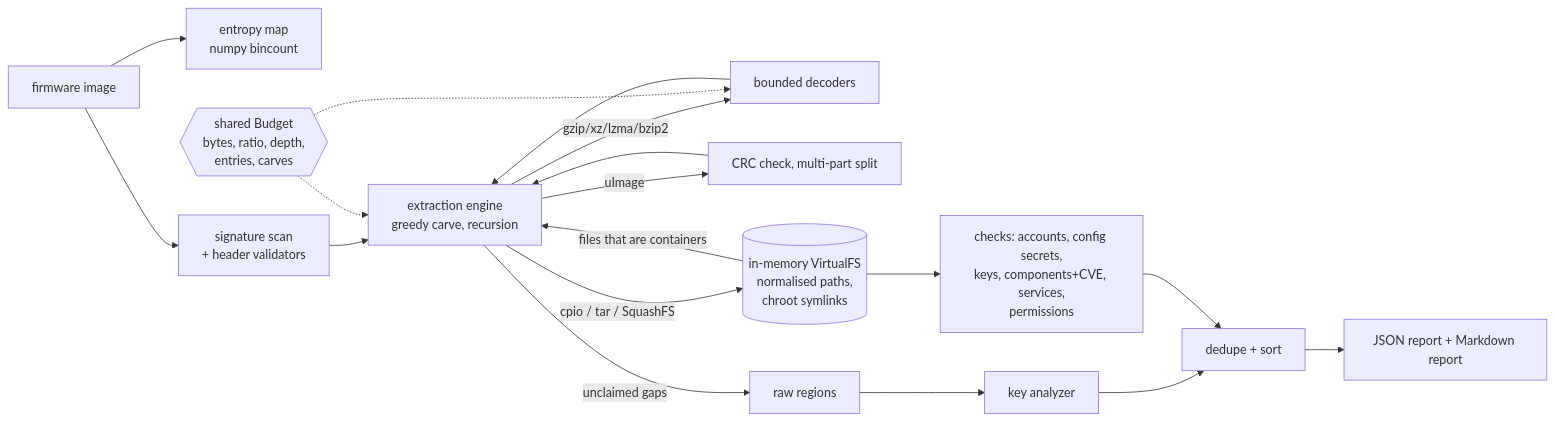
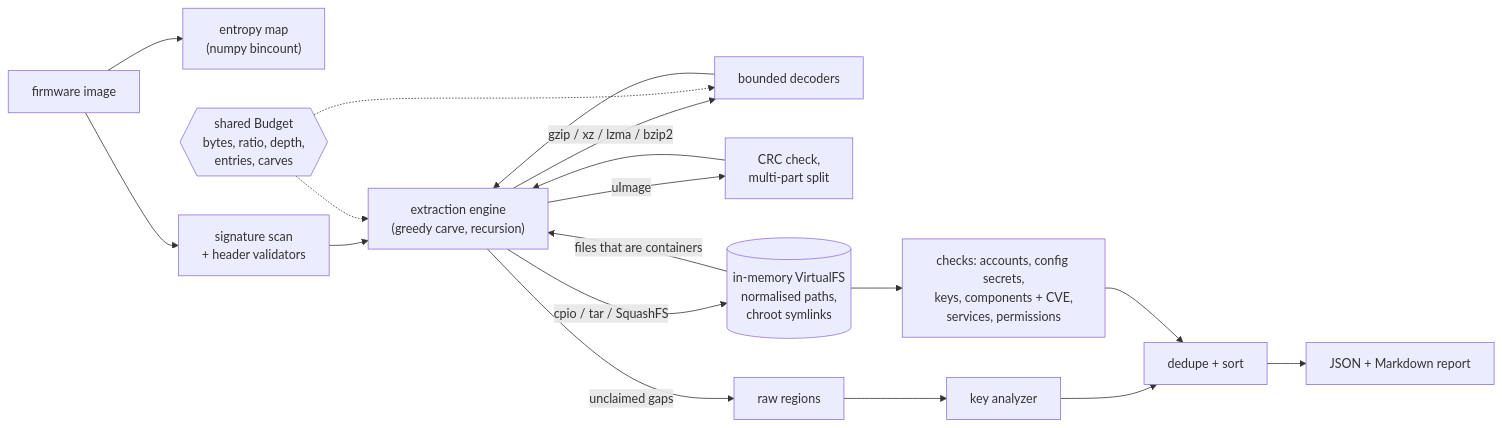
One commit to SlateGitOrg/fwaudit changed the diagram in README.md. Above: the diagram before and after it, drawn with Mermaid. The commit also changed other lines of this file and 4 other files, not shown here.

````diff
--- a/README.md
+++ b/README.md
@@ -43,16 +58,17 @@
 ```mermaid
 flowchart LR
-    IMG[firmware image] --> ENT[entropy map<br/>numpy bincount]
-    IMG --> SIG[signature scan<br/>+ header validators]
-    SIG --> ENG[extraction engine<br/>greedy carve, recursion]
-    ENG -->|gzip/xz/lzma/bzip2| DEC[bounded decoders] --> ENG
-    ENG -->|uImage| UIM[CRC check, multi-part split] --> ENG
-    ENG -->|cpio / tar / SquashFS| VFS[(in-memory VirtualFS<br/>normalised paths,<br/>chroot symlinks)]
-    VFS -->|files that are containers| ENG
-    BUD{{shared Budget<br/>bytes, ratio, depth,<br/>entries, carves}} -.-> DEC
+    IMG["firmware image"] --> ENT["entropy map<br/>(numpy bincount)"]
+    IMG --> SIG["signature scan<br/>+ header validators"]
+    SIG --> ENG["extraction engine<br/>(greedy carve, recursion)"]
+    ENG -->|"gzip / xz / lzma / bzip2"| DEC["bounded decoders"] --> ENG
+    ENG -->|"uImage"| UIM["CRC check,<br/>multi-part split"] --> ENG
+    ENG -->|"cpio / tar / SquashFS"| VFS[("in-memory VirtualFS<br/>normalised paths,<br/>chroot symlinks")]
+    VFS -->|"files that are containers"| ENG
+    BUD{{"shared Budget<br/>bytes, ratio, depth,<br/>entries, carves"}} -.-> DEC
     BUD -.-> ENG
-    ENG -->|unclaimed gaps| RAW[raw regions] --> KEYS
-    VFS --> CHK[checks: accounts, config secrets,<br/>keys, components+CVE, services,<br/>permissions]
-    KEYS[key analyzer] --> RES
-    CHK --> RES[dedupe + sort] --> REP[JSON report + Markdown report]
+    ENG -->|"unclaimed gaps"| RAW["raw regions"] --> KEYS["key analyzer"]
+    VFS --> CHK["checks: accounts, config secrets,<br/>keys, components + CVE,<br/>services, permissions"]
+    KEYS --> RES["dedupe + sort"]
+    CHK --> RES
+    RES --> REP["JSON + Markdown report"]
 ```
````
